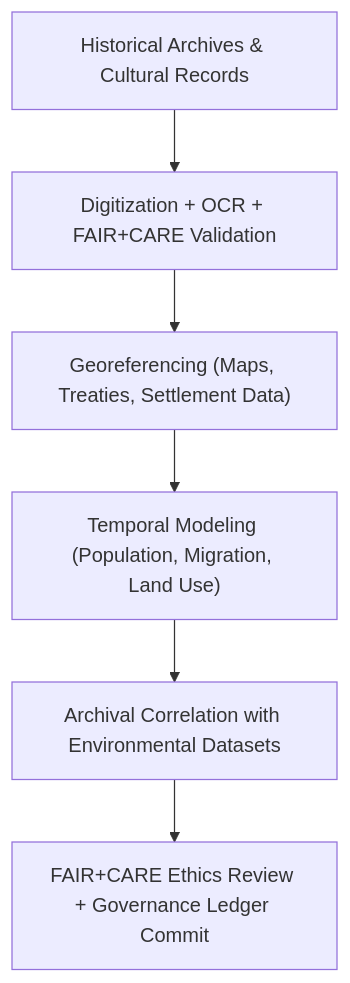
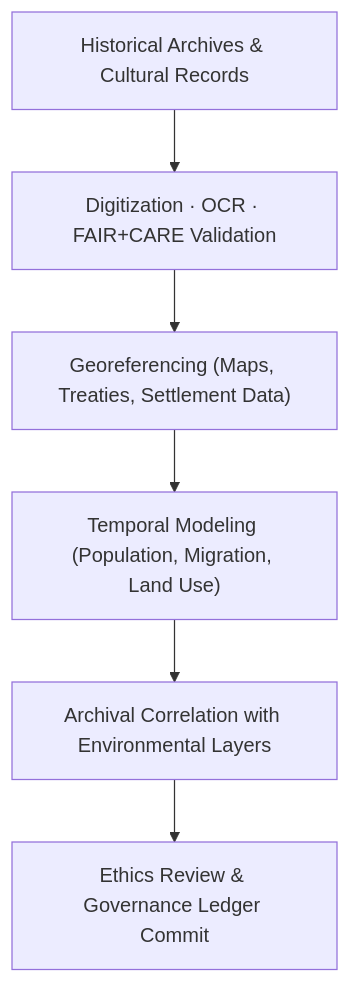
Before and after one commit to bartytime4life/Kansas-Frontier-Matrix: the diagram in docs/analyses/historical/README.md, drawn with Mermaid. The commit also changed other lines of this file, not shown here.

````diff
--- a/docs/analyses/historical/README.md
+++ b/docs/analyses/historical/README.md
@@ -77,8 +77,9 @@
 ```mermaid
 flowchart TD
-  A["Historical Archives & Cultural Records"] --> B["Digitization + OCR + FAIR+CARE Validation"]
-  B --> C["Georeferencing (Maps, Treaties, Settlement Data)"]
-  C --> D["Temporal Modeling (Population, Migration, Land Use)"]
-  D --> E["Archival Correlation with Environmental Datasets"]
-  E --> F["FAIR+CARE Ethics Review + Governance Ledger Commit"]
+    A["Historical Archives & Cultural Records"]
+    --> B["Digitization · OCR · FAIR+CARE Validation"]
+    B --> C["Georeferencing (Maps, Treaties, Settlement Data)"]
+    C --> D["Temporal Modeling (Population, Migration, Land Use)"]
+    D --> E["Archival Correlation with Environmental Layers"]
+    E --> F["Ethics Review & Governance Ledger Commit"]
 ```
````
